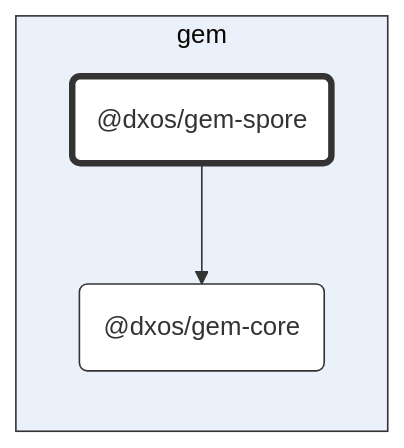
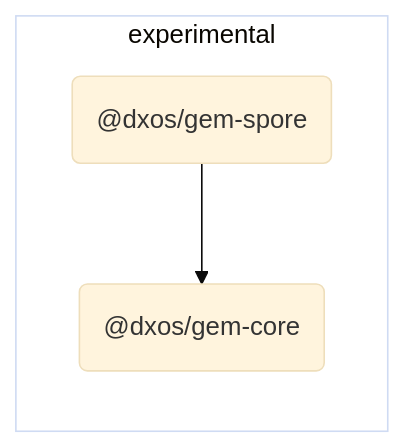
One commit to dxos/dxos changed the diagram in packages/experimental/gem-spore/docs/README.md. Above: the diagram before and after it, drawn with Mermaid (base theme). The commit also changed 127 other files, not shown here.

````diff
--- a/packages/experimental/gem-spore/docs/README.md
+++ b/packages/experimental/gem-spore/docs/README.md
@@ -7,23 +7,22 @@
 ```mermaid
 %%{ init: {'flowchart':{'curve':'basis'}} }%%
 
 flowchart LR
 
 %% Classes
-classDef def fill:#fff,stroke:#333,stroke-width:1px
-classDef root fill:#fff,stroke:#333,stroke-width:4px
+
+
 
 %% Nodes
 
-subgraph gem [gem]
-  style gem fill:#ebf1fa,stroke:#333
+subgraph experimental [experimental]
+  style experimental fill:transparent
   dxos/gem-spore("@dxos/gem-spore"):::root
-  click dxos/gem-spore "dxos/dxos/tree/main/packages/gem/gem-spore/docs"
+  click dxos/gem-spore "dxos/dxos/tree/main/packages/experimental/gem-spore/docs"
   dxos/gem-core("@dxos/gem-core"):::def
-  click dxos/gem-core "dxos/dxos/tree/main/packages/gem/gem-core/docs"
+  click dxos/gem-core "dxos/dxos/tree/main/packages/experimental/gem-core/docs"
 end
 
 %% Links
-linkStyle default stroke:#333,stroke-width:1px
 dxos/gem-spore --> dxos/gem-core
 ```
````
